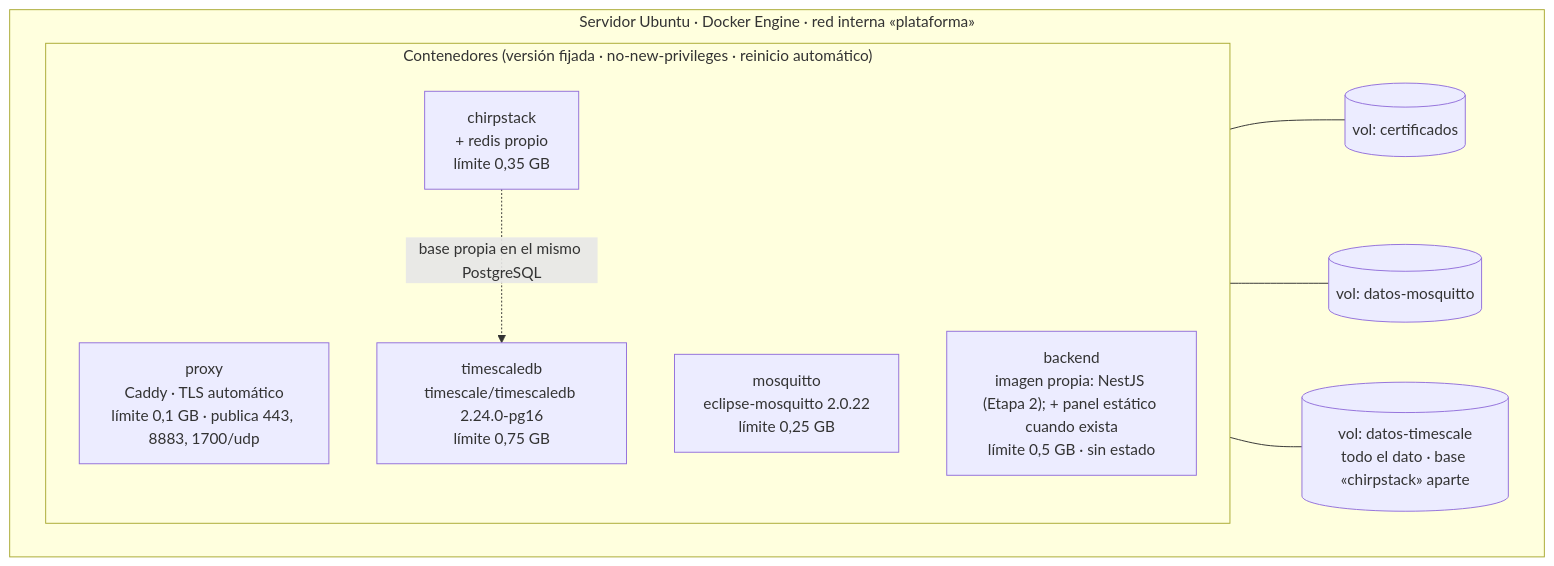
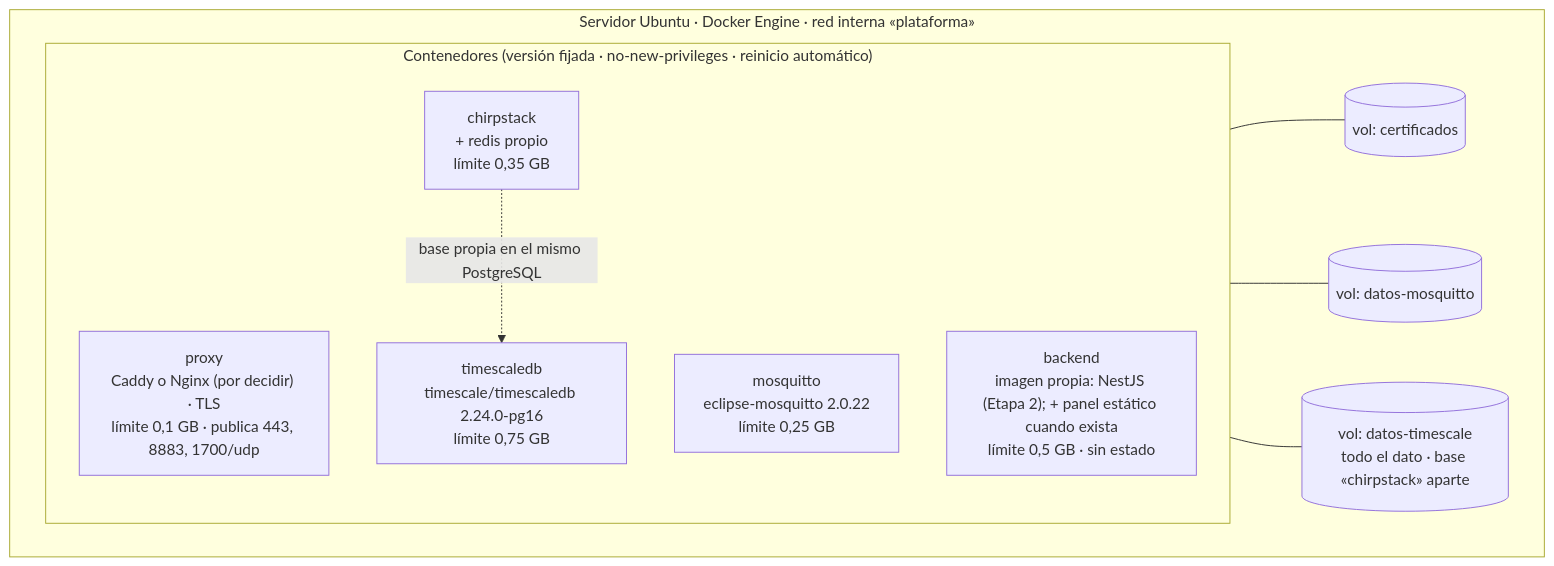
The sixth of 6 diagrams in docs/10-arquitectura.md (vicenterami/tesis), drawn with Mermaid before and after one commit. The commit also changed other lines of this file and 11 other files, not shown here.

````diff
--- a/docs/10-arquitectura.md
+++ b/docs/10-arquitectura.md
@@ -345,21 +376,21 @@
 ```mermaid
 flowchart TB
     subgraph HOST["Servidor Ubuntu · Docker Engine · red interna «plataforma»"]
         direction LR
         subgraph SVC["Contenedores (versión fijada · no-new-privileges · reinicio automático)"]
             direction TB
-            C5["proxy<br/>Caddy · TLS automático<br/>límite 0,1 GB · publica 443, 8883, 1700/udp"]
+            C5["proxy<br/>Caddy o Nginx (por decidir) · TLS<br/>límite 0,1 GB · publica 443, 8883, 1700/udp"]
             C1["mosquitto<br/>eclipse-mosquitto 2.0.22<br/>límite 0,25 GB"]
             C2["chirpstack<br/>+ redis propio<br/>límite 0,35 GB"]
             C4["backend<br/>imagen propia: NestJS (Etapa 2); + panel estático cuando exista<br/>límite 0,5 GB · sin estado"]
             C3["timescaledb<br/>timescale/timescaledb 2.24.0-pg16<br/>límite 0,75 GB"]
         end
         V4[("vol: certificados")]
         V2[("vol: datos-mosquitto")]
         V1[("vol: datos-timescale<br/>todo el dato · base «chirpstack» aparte")]
     end
     C5 --- V4
     C1 --- V2
     C3 --- V1
     C2 -. "base propia en el mismo PostgreSQL" .-> C3
 ```
````
